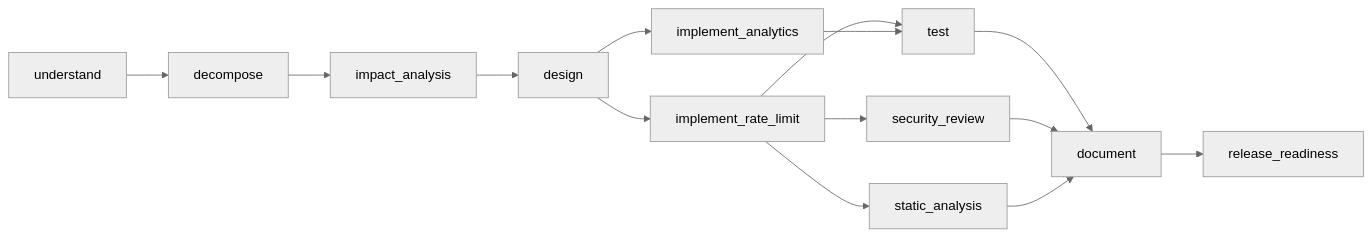
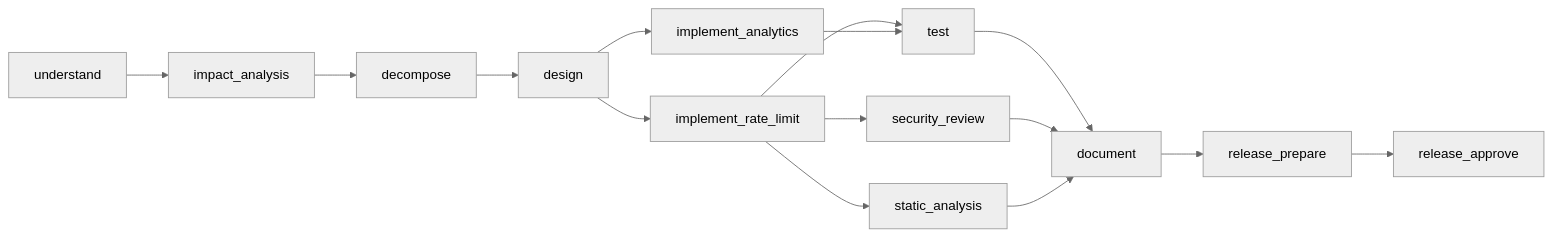
Before and after one commit to schintha1/agentic-url-shortener: the second of 2 diagrams in README.md, drawn with Mermaid (neutral theme). The commit also changed other lines of this file and 46 other files, not shown here.

````diff
--- a/README.md
+++ b/README.md
@@ -89,16 +92,17 @@
 ```mermaid
 flowchart LR
-  understand --> decompose
-  decompose --> impact_analysis
-  impact_analysis --> design
+  understand --> impact_analysis
+  impact_analysis --> decompose
+  decompose --> design
   design --> implement_rate_limit
   design --> implement_analytics
   implement_rate_limit --> test
   implement_analytics --> test
   implement_rate_limit --> security_review
   implement_rate_limit --> static_analysis
   test --> document
   security_review --> document
   static_analysis --> document
-  document --> release_readiness
+  document --> release_prepare
+  release_prepare --> release_approve
 ```
````
